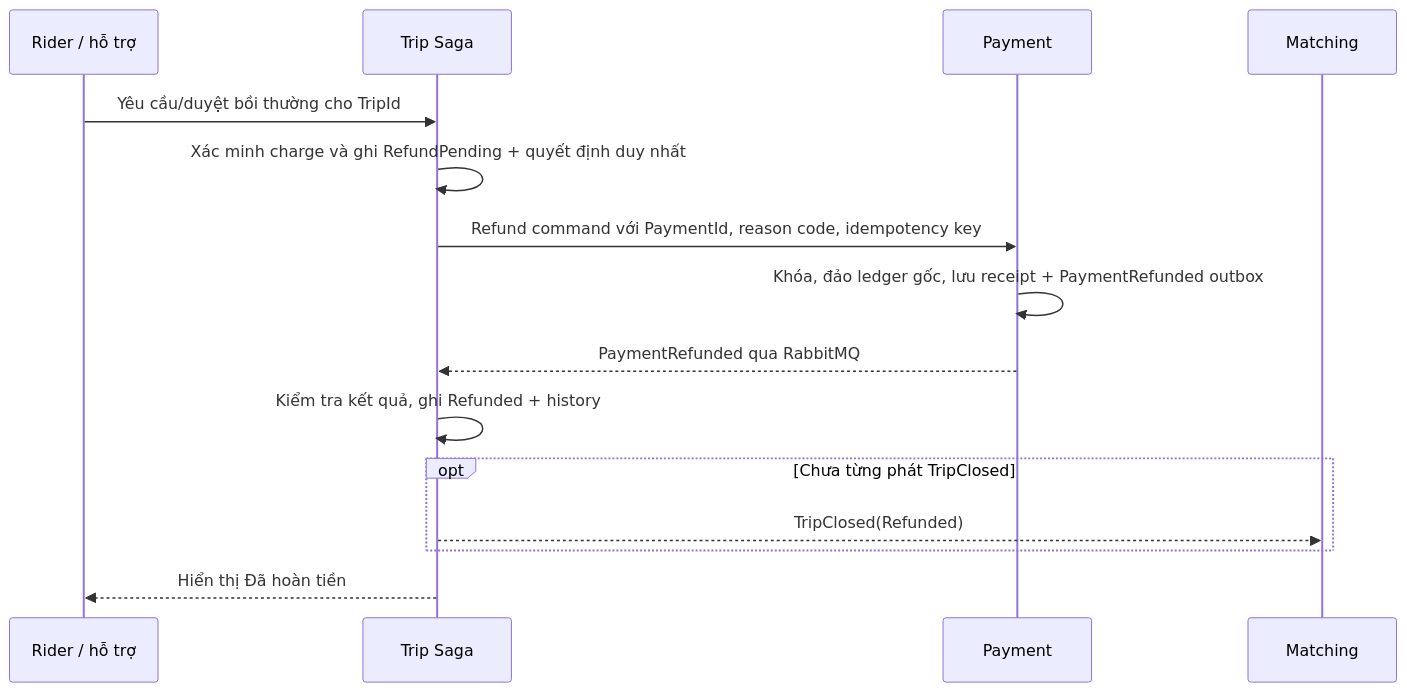
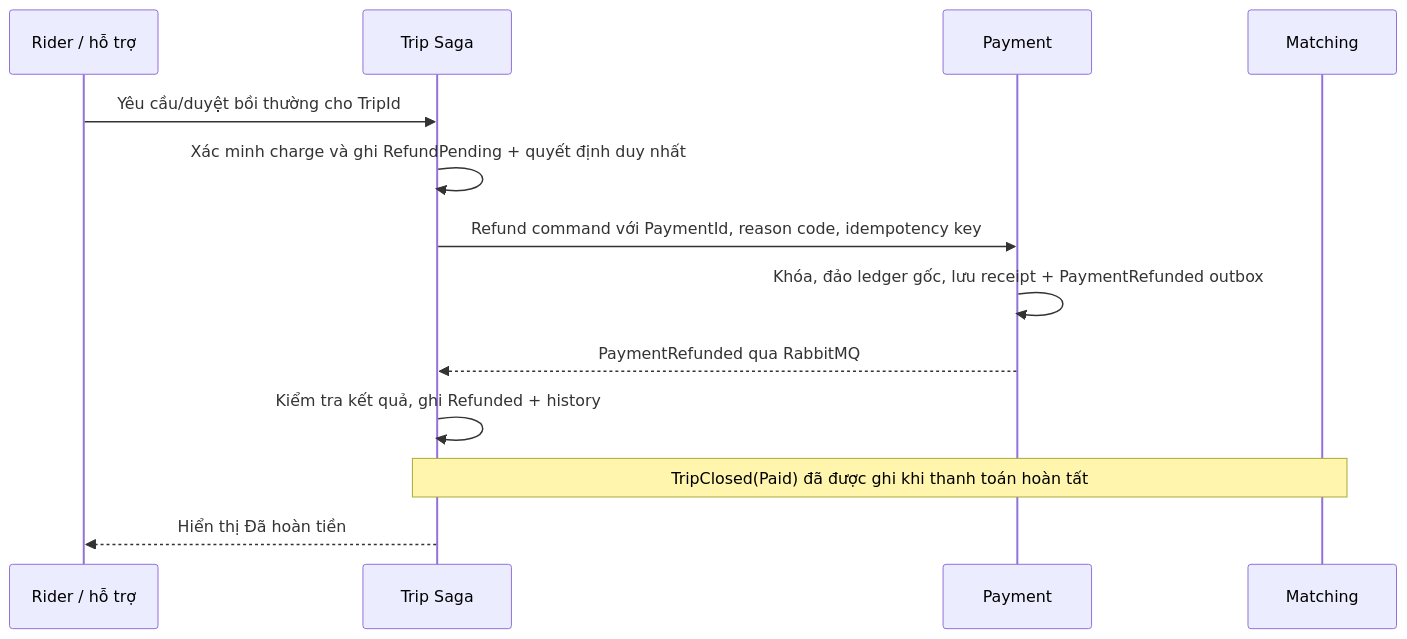
The second of 2 diagrams in docs/SAGA-VA-BOI-THUONG-THANH-TOAN.md (viehoanqq/SwiftRide), drawn with Mermaid before and after one commit. The commit also changed other lines of this file and 2 other files, not shown here.

Commit message:
docs(messaging): document saga flow and log new events

````diff
--- a/docs/SAGA-VA-BOI-THUONG-THANH-TOAN.md
+++ b/docs/SAGA-VA-BOI-THUONG-THANH-TOAN.md
@@ -134,17 +135,15 @@
 ```mermaid
 sequenceDiagram
     participant R as Rider / hỗ trợ
     participant S as Trip Saga
     participant P as Payment
     participant M as Matching
     R->>S: Yêu cầu/duyệt bồi thường cho TripId
     S->>S: Xác minh charge và ghi RefundPending + quyết định duy nhất
     S->>P: Refund command với PaymentId, reason code, idempotency key
     P->>P: Khóa, đảo ledger gốc, lưu receipt + PaymentRefunded outbox
     P-->>S: PaymentRefunded qua RabbitMQ
     S->>S: Kiểm tra kết quả, ghi Refunded + history
-    opt Chưa từng phát TripClosed
-        S-->>M: TripClosed(Refunded)
-    end
+    Note over S,M: TripClosed(Paid) đã được ghi khi thanh toán hoàn tất
     S-->>R: Hiển thị Đã hoàn tiền
 ```
````
